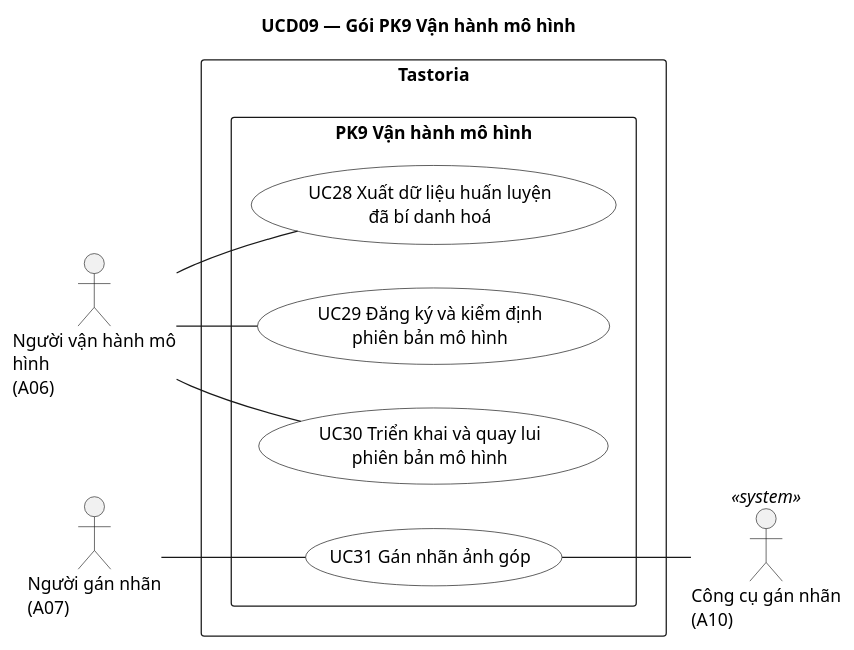
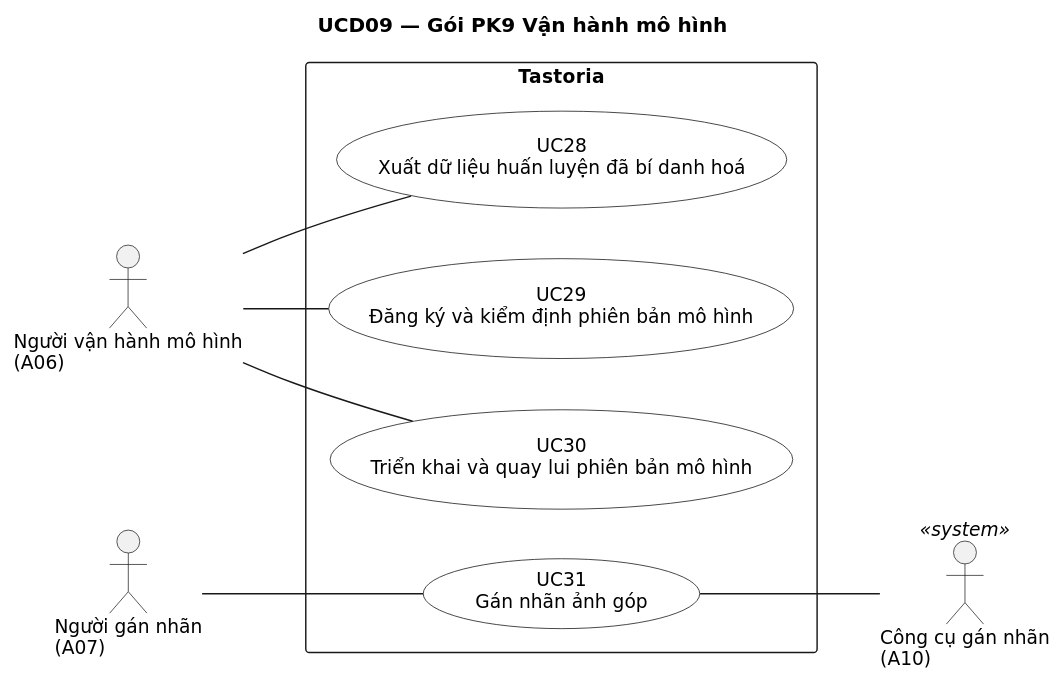
One commit to NamBuw/Tastoria changed the diagram in docs/uml/usecase/UCD09-van-hanh-mo-hinh.puml. Above: the diagram before and after it, drawn with PlantUML. The commit also changed 484 other files, not shown here.

First line of the commit message:
docs: split UML and ERD diagrams into one-topic views from a single model

```diff
--- a/docs/uml/usecase/UCD09-van-hanh-mo-hinh.puml
+++ b/docs/uml/usecase/UCD09-van-hanh-mo-hinh.puml
@@ -1,31 +1,32 @@
 @startuml
 title UCD09 — Gói PK9 Vận hành mô hình
-' Sinh từ docs/sad/model.yaml (actors, use_cases, rels). Không sửa tay mã định danh.
+' Sinh từ docs/sad/tools/diagrams/model.py — sửa ở đó rồi chạy gen_puml.py, không sửa tay.
+skinparam shadowing false
+skinparam defaultFontName DejaVu Sans
+skinparam defaultFontSize 13
+skinparam dpi 110
+
 left to right direction
 skinparam packageStyle rectangle
 skinparam actorStyle stick
 skinparam usecase {
   BackgroundColor White
   BorderColor Black
 }
 
-actor "Người vận hành mô\nhình\n(A06)" as A06
+actor "Người vận hành mô hình\n(A06)" as A06
 actor "Người gán nhãn\n(A07)" as A07
+rectangle "Tastoria" {
+  usecase "UC28\nXuất dữ liệu huấn luyện đã bí danh hoá" as UC28
+  usecase "UC29\nĐăng ký và kiểm định phiên bản mô hình" as UC29
+  usecase "UC30\nTriển khai và quay lui phiên bản mô hình" as UC30
+  usecase "UC31\nGán nhãn ảnh góp" as UC31
+}
 actor "Công cụ gán nhãn\n(A10)" as A10 <<system>>
-
-rectangle "Tastoria" {
-  package "PK9 Vận hành mô hình" as PK9 {
-    usecase "UC28 Xuất dữ liệu huấn luyện\nđã bí danh hoá" as UC28
-    usecase "UC29 Đăng ký và kiểm định\nphiên bản mô hình" as UC29
-    usecase "UC30 Triển khai và quay lui\nphiên bản mô hình" as UC30
-    usecase "UC31 Gán nhãn ảnh góp" as UC31
-  }
-}
 
 A06 -- UC28
 A06 -- UC29
 A06 -- UC30
 A07 -- UC31
 UC31 -- A10
-
 @enduml
```
